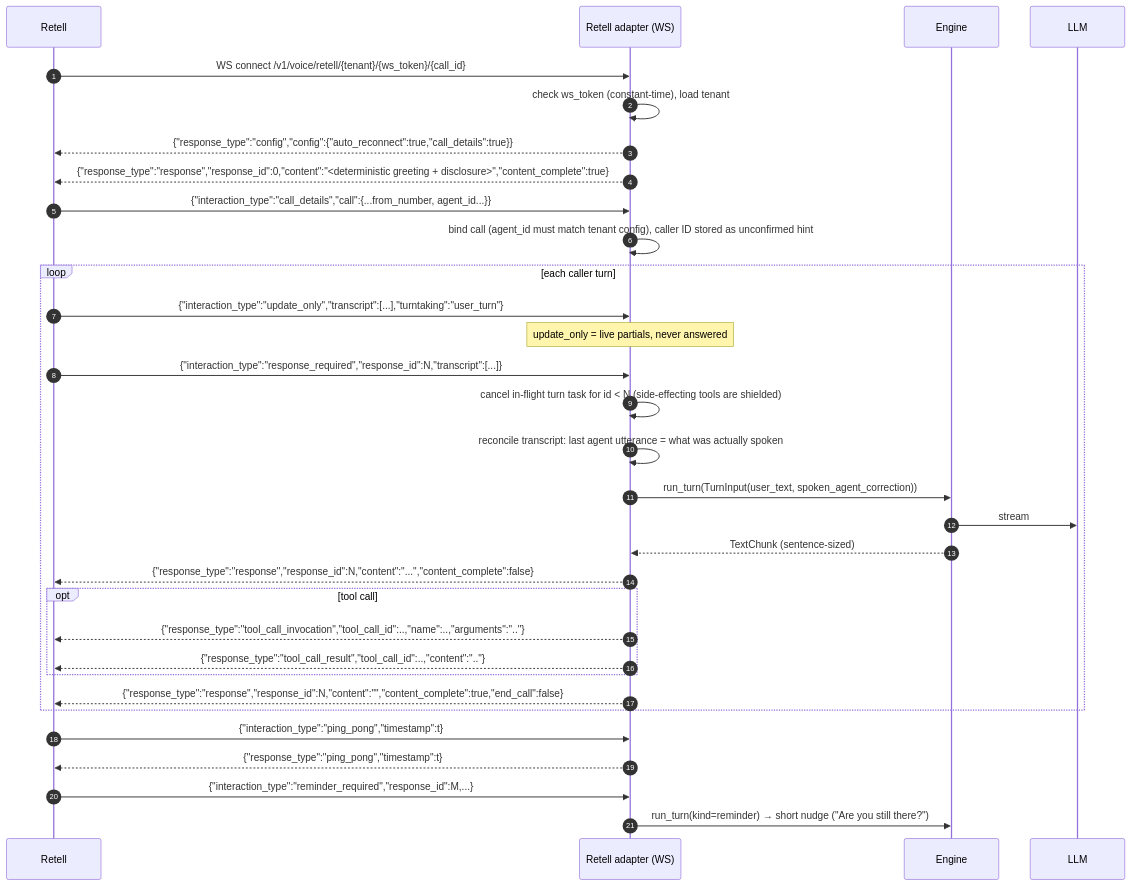
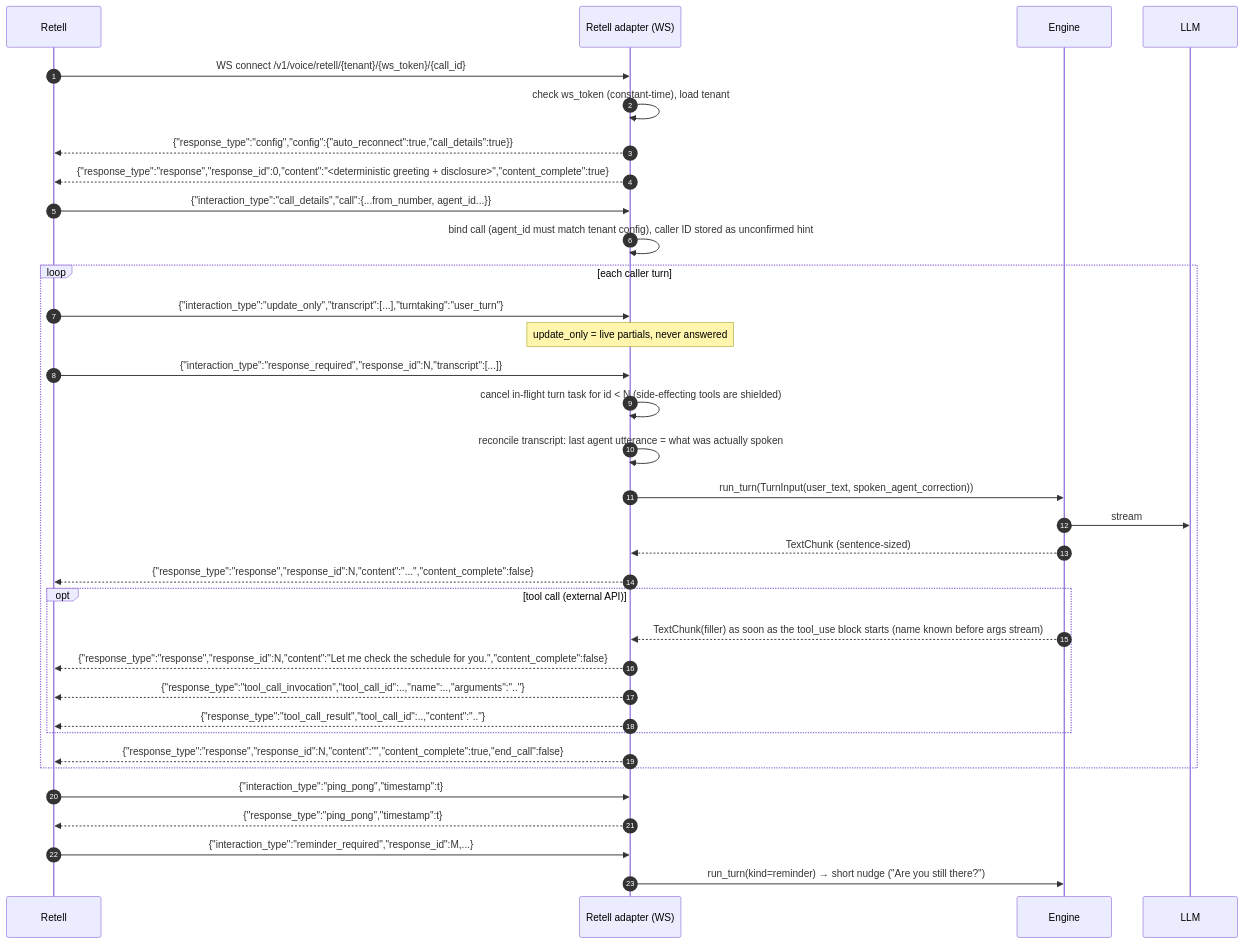
Before and after one commit to Vansh-Batra10/MAGV_AI: the third of 6 diagrams in DESIGN.md, drawn with Mermaid. The commit also changed other lines of this file, not shown here.

````diff
--- a/DESIGN.md
+++ b/DESIGN.md
@@ -152,34 +165,36 @@
 ```mermaid
 sequenceDiagram
   autonumber
   participant R as Retell
   participant A as Retell adapter (WS)
   participant E as Engine
   participant L as LLM
   R->>A: WS connect /v1/voice/retell/{tenant}/{ws_token}/{call_id}
   A->>A: check ws_token (constant-time), load tenant
   A-->>R: {"response_type":"config","config":{"auto_reconnect":true,"call_details":true}}
   A-->>R: {"response_type":"response","response_id":0,"content":"<deterministic greeting + disclosure>","content_complete":true}
   R->>A: {"interaction_type":"call_details","call":{...from_number, agent_id...}}
   A->>A: bind call (agent_id must match tenant config), caller ID stored as unconfirmed hint
   loop each caller turn
     R->>A: {"interaction_type":"update_only","transcript":[...],"turntaking":"user_turn"}
     Note over A: update_only = live partials, never answered
     R->>A: {"interaction_type":"response_required","response_id":N,"transcript":[...]}
     A->>A: cancel in-flight turn task for id < N (side-effecting tools are shielded)
     A->>A: reconcile transcript: last agent utterance = what was actually spoken
     A->>E: run_turn(TurnInput(user_text, spoken_agent_correction))
     E->>L: stream
     E-->>A: TextChunk (sentence-sized)
     A-->>R: {"response_type":"response","response_id":N,"content":"...","content_complete":false}
-    opt tool call
+    opt tool call (external API)
+      E-->>A: TextChunk(filler) as soon as the tool_use block starts (name known before args stream)
+      A-->>R: {"response_type":"response","response_id":N,"content":"Let me check the schedule for you.","content_complete":false}
       A-->>R: {"response_type":"tool_call_invocation","tool_call_id":..,"name":..,"arguments":".."}
       A-->>R: {"response_type":"tool_call_result","tool_call_id":..,"content":".."}
     end
     A-->>R: {"response_type":"response","response_id":N,"content":"","content_complete":true,"end_call":false}
   end
   R->>A: {"interaction_type":"ping_pong","timestamp":t}
   A-->>R: {"response_type":"ping_pong","timestamp":t}
   R->>A: {"interaction_type":"reminder_required","response_id":M,...}
   A->>E: run_turn(kind=reminder) → short nudge ("Are you still there?")
 ```
````
